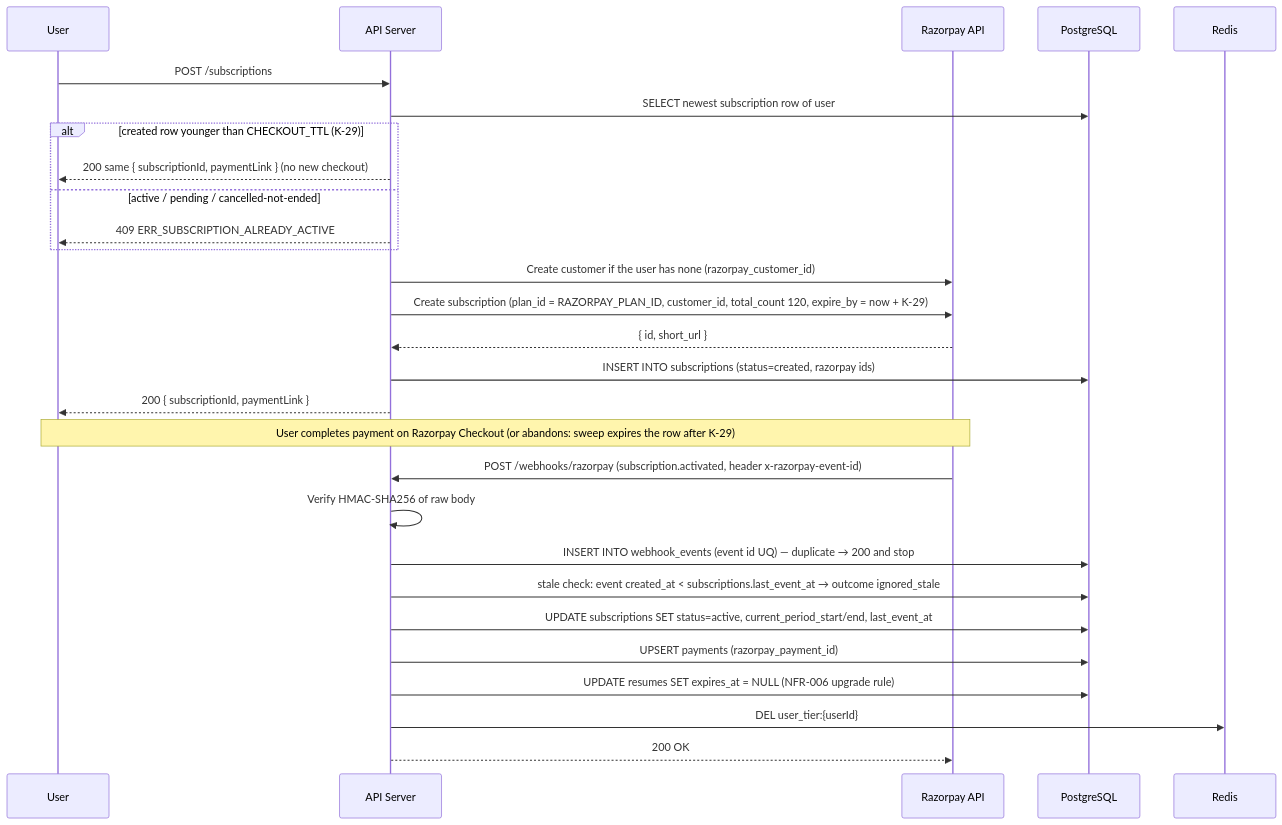
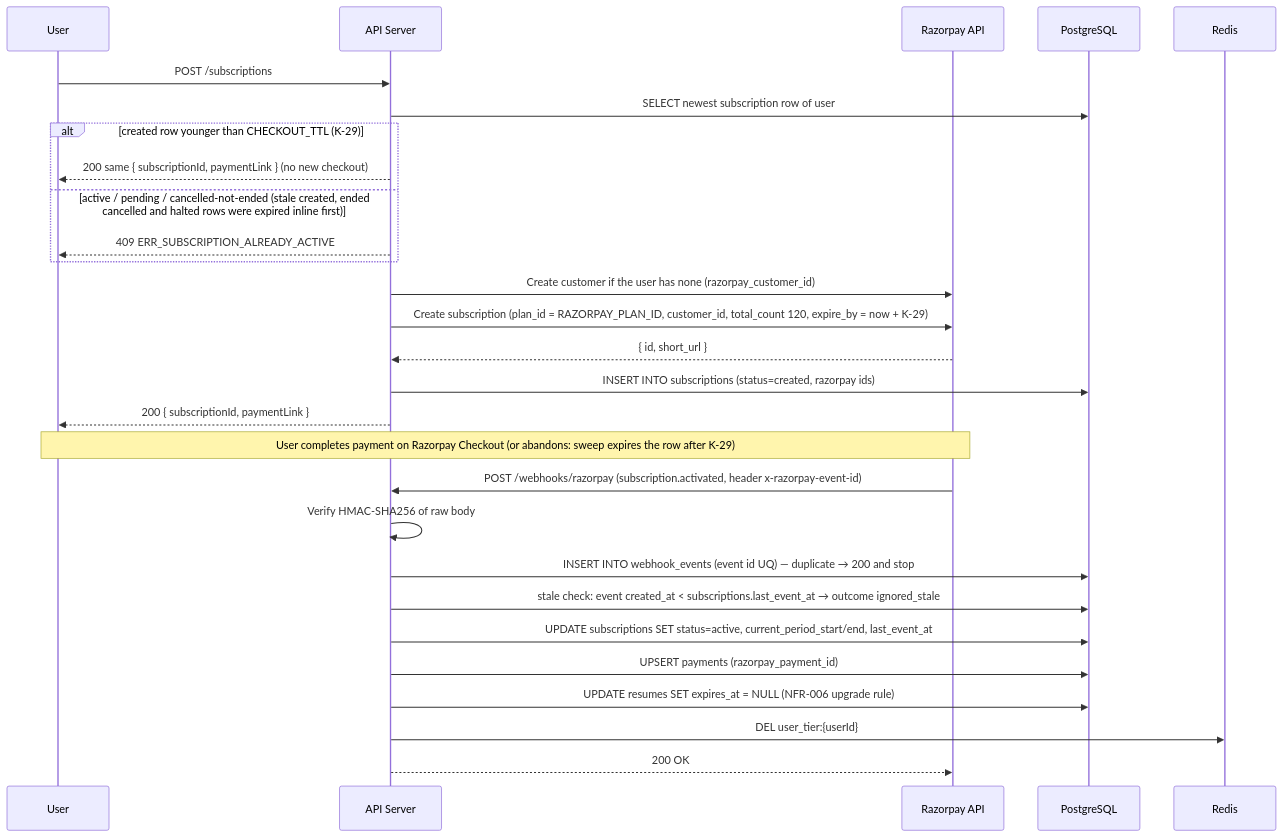
Before and after one commit to divii-school/spec-homework: the fourth of 6 diagrams in sovan/spec.md, drawn with Mermaid. The commit also changed other lines of this file, not shown here.

````diff
--- a/sovan/spec.md
+++ b/sovan/spec.md
@@ -515,31 +516,31 @@
 ```mermaid
 sequenceDiagram
     participant U as User
     participant A as API Server
     participant RP as Razorpay API
     participant DB as PostgreSQL
     participant R as Redis
 
     U->>A: POST /subscriptions
     A->>DB: SELECT newest subscription row of user
     alt created row younger than CHECKOUT_TTL (K-29)
         A-->>U: 200 same { subscriptionId, paymentLink } (no new checkout)
-    else active / pending / cancelled-not-ended
+    else active / pending / cancelled-not-ended (stale created, ended cancelled and halted rows were expired inline first)
         A-->>U: 409 ERR_SUBSCRIPTION_ALREADY_ACTIVE
     end
     A->>RP: Create customer if the user has none (razorpay_customer_id)
     A->>RP: Create subscription (plan_id = RAZORPAY_PLAN_ID, customer_id, total_count 120, expire_by = now + K-29)
     RP-->>A: { id, short_url }
     A->>DB: INSERT INTO subscriptions (status=created, razorpay ids)
     A-->>U: 200 { subscriptionId, paymentLink }
     Note over U,RP: User completes payment on Razorpay Checkout (or abandons: sweep expires the row after K-29)
     RP->>A: POST /webhooks/razorpay (subscription.activated, header x-razorpay-event-id)
     A->>A: Verify HMAC-SHA256 of raw body
     A->>DB: INSERT INTO webhook_events (event id UQ) — duplicate → 200 and stop
     A->>DB: stale check: event created_at < subscriptions.last_event_at → outcome ignored_stale
     A->>DB: UPDATE subscriptions SET status=active, current_period_start/end, last_event_at
     A->>DB: UPSERT payments (razorpay_payment_id)
     A->>DB: UPDATE resumes SET expires_at = NULL (NFR-006 upgrade rule)
     A->>R: DEL user_tier:{userId}
     A-->>RP: 200 OK
 ```
````
